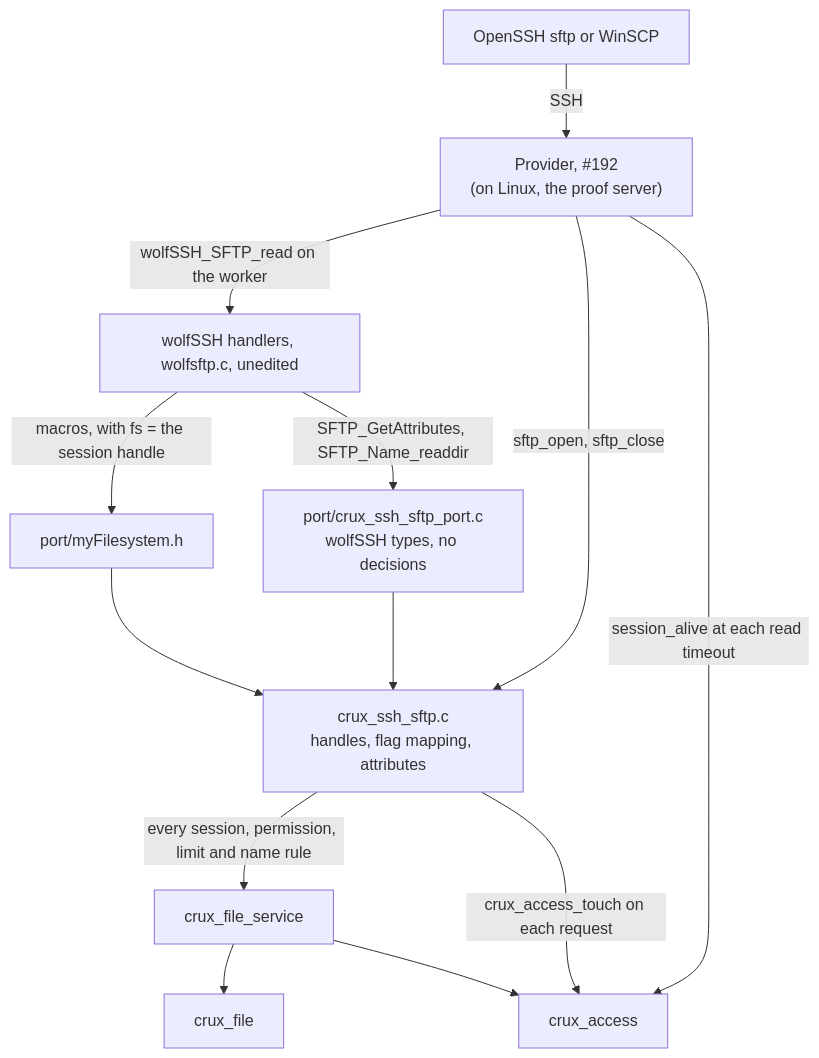
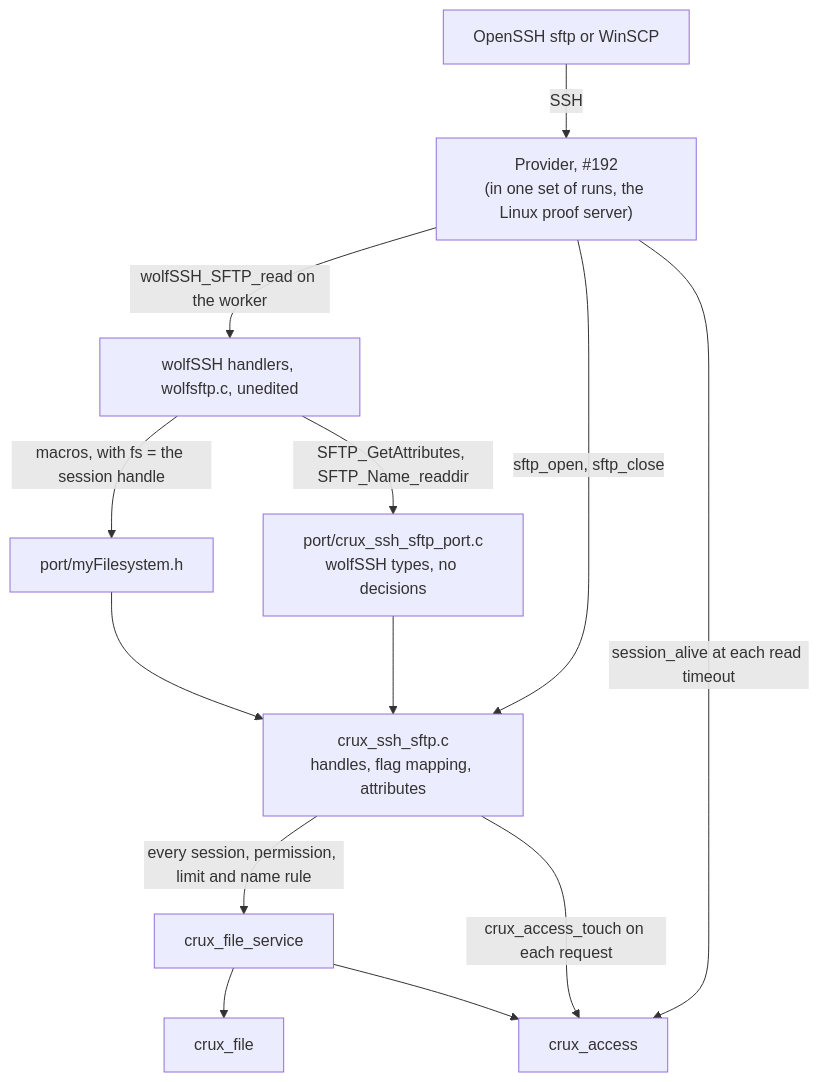
The first of 3 diagrams in docs/sftp-design.md (wonny-labs/crux-pilot), drawn with Mermaid before and after one commit. The commit also changed other lines of this file and 1 other file, not shown here.

Commit message:
docs: record the native_sim results and how SFTP fits the provider

````diff
--- a/docs/sftp-design.md
+++ b/docs/sftp-design.md
@@ -18,15 +19,15 @@
 ```mermaid
 flowchart TB
-    client["OpenSSH sftp or WinSCP"] -->|SSH| provider["Provider, #192<br/>(on Linux, the proof server)"]
+    client["OpenSSH sftp or WinSCP"] -->|SSH| provider["Provider, #192<br/>(in one set of runs, the Linux proof server)"]
     provider -->|"wolfSSH_SFTP_read on the worker"| wolf["wolfSSH handlers, wolfsftp.c, unedited"]
     wolf -->|"macros, with fs = the session handle"| macros["port/myFilesystem.h"]
     wolf -->|"SFTP_GetAttributes, SFTP_Name_readdir"| typed["port/crux_ssh_sftp_port.c<br/>wolfSSH types, no decisions"]
     macros --> ops["crux_ssh_sftp.c<br/>handles, flag mapping, attributes"]
     typed --> ops
     ops -->|"every session, permission, limit and name rule"| service["crux_file_service"]
     service --> file["crux_file"]
     service --> access["crux_access"]
     provider -->|"sftp_open, sftp_close"| ops
     provider -->|"session_alive at each read timeout"| access
     ops -->|"crux_access_touch on each request"| access
 ```
````
